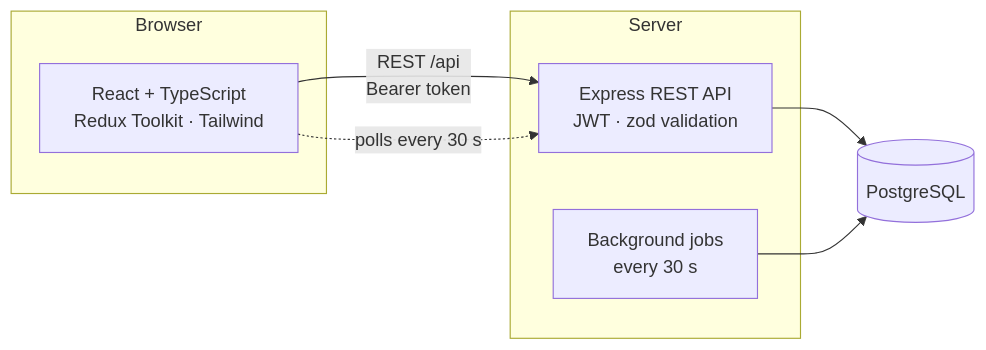
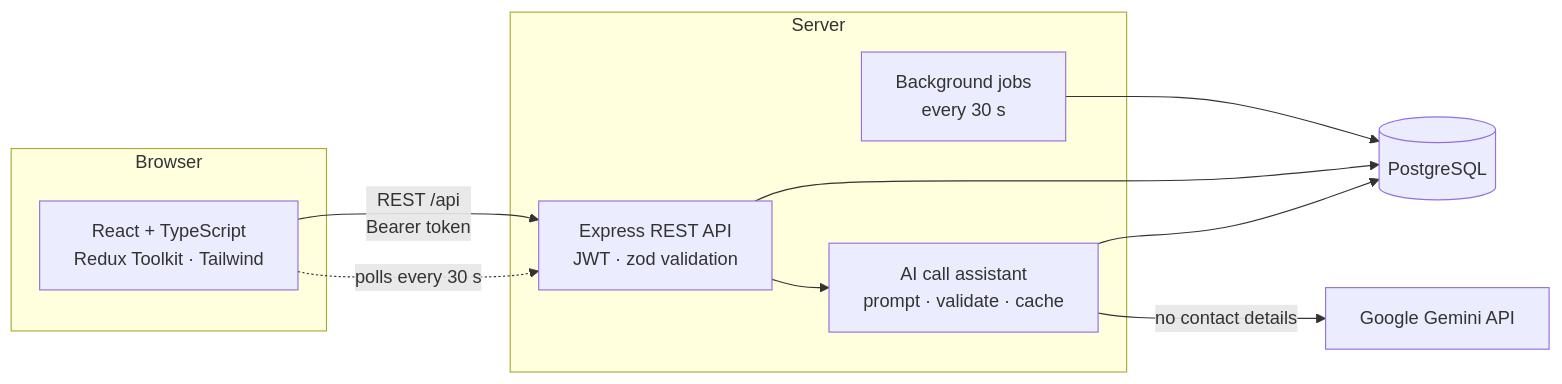
Before and after one commit to Anas-hisham/smart-telesales: the second of 2 diagrams in docs/PROJECT_OVERVIEW.md, drawn with Mermaid. The commit also changed other lines of this file and 4 other files, not shown here.

````diff
--- a/docs/PROJECT_OVERVIEW.md
+++ b/docs/PROJECT_OVERVIEW.md
@@ -139,15 +161,20 @@
 ```mermaid
 flowchart LR
   subgraph Browser
     UI[React + TypeScript<br/>Redux Toolkit · Tailwind]
   end
   subgraph Server
     API[Express REST API<br/>JWT · zod validation]
     JOBS[Background jobs<br/>every 30 s]
+    AIS[AI call assistant<br/>prompt · validate · cache]
   end
   DB[(PostgreSQL)]
+  LLM[Google Gemini API]
   UI -- "REST /api<br/>Bearer token" --> API
   API --> DB
+  API --> AIS
+  AIS --> DB
+  AIS -- "no contact details" --> LLM
   JOBS --> DB
   UI -. "polls every 30 s" .-> API
 ```
````
